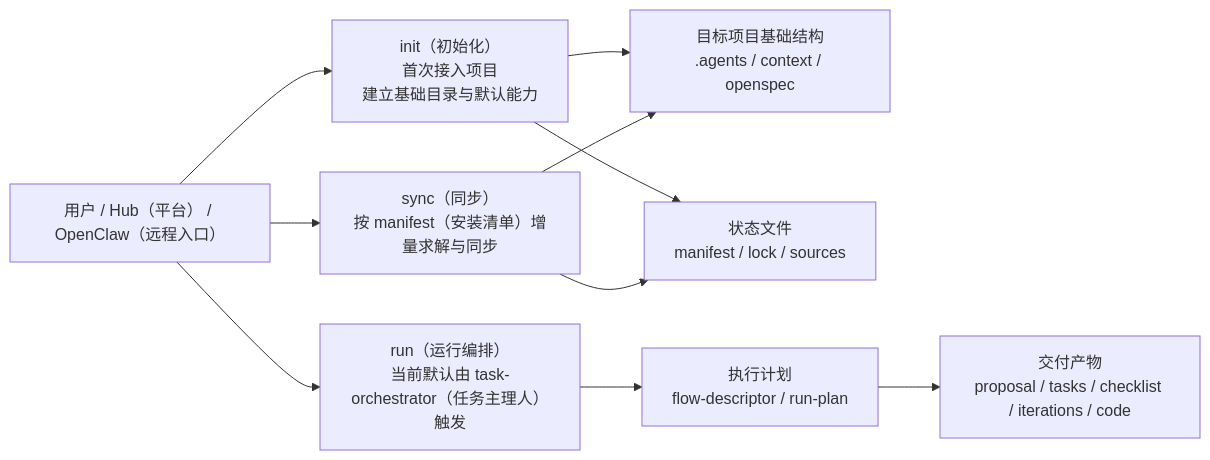
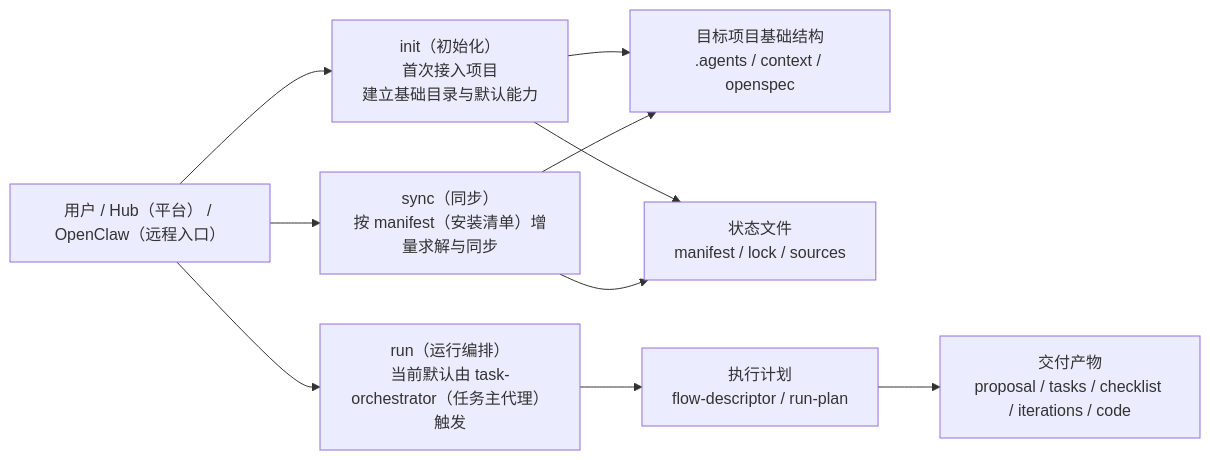
Before and after one commit to Colouful/br-ai-spec: the fourth of 6 diagrams in docs/paser_two/项目技术架构与操作流程说明-03-27-17-20.md, drawn with Mermaid. The commit also changed other lines of this file and 88 other files, not shown here.

````diff
--- a/docs/paser_two/项目技术架构与操作流程说明-03-27-17-20.md
+++ b/docs/paser_two/项目技术架构与操作流程说明-03-27-17-20.md
@@ -364,26 +364,26 @@
 ```mermaid
 flowchart LR
     User["用户 / Hub（平台） / OpenClaw（远程入口）"]
 
     Init["init（初始化）<br/>首次接入项目<br/>建立基础目录与默认能力"]
     Sync["sync（同步）<br/>按 manifest（安装清单）增量求解与同步"]
-    Run["run（运行编排）<br/>当前默认由 task-orchestrator（任务主理人）触发"]
+    Run["run（运行编排）<br/>当前默认由 task-orchestrator（任务主代理）触发"]
 
     Base["目标项目基础结构<br/>.agents / context / openspec"]
     State["状态文件<br/>manifest / lock / sources"]
     Plan["执行计划<br/>flow-descriptor / run-plan"]
     Delivery["交付产物<br/>proposal / tasks / checklist / iterations / code"]
 
     User --> Init
     User --> Sync
     User --> Run
 
     Init --> Base
     Init --> State
 
     Sync --> Base
     Sync --> State
 
     Run --> Plan
     Plan --> Delivery
 ```
````
